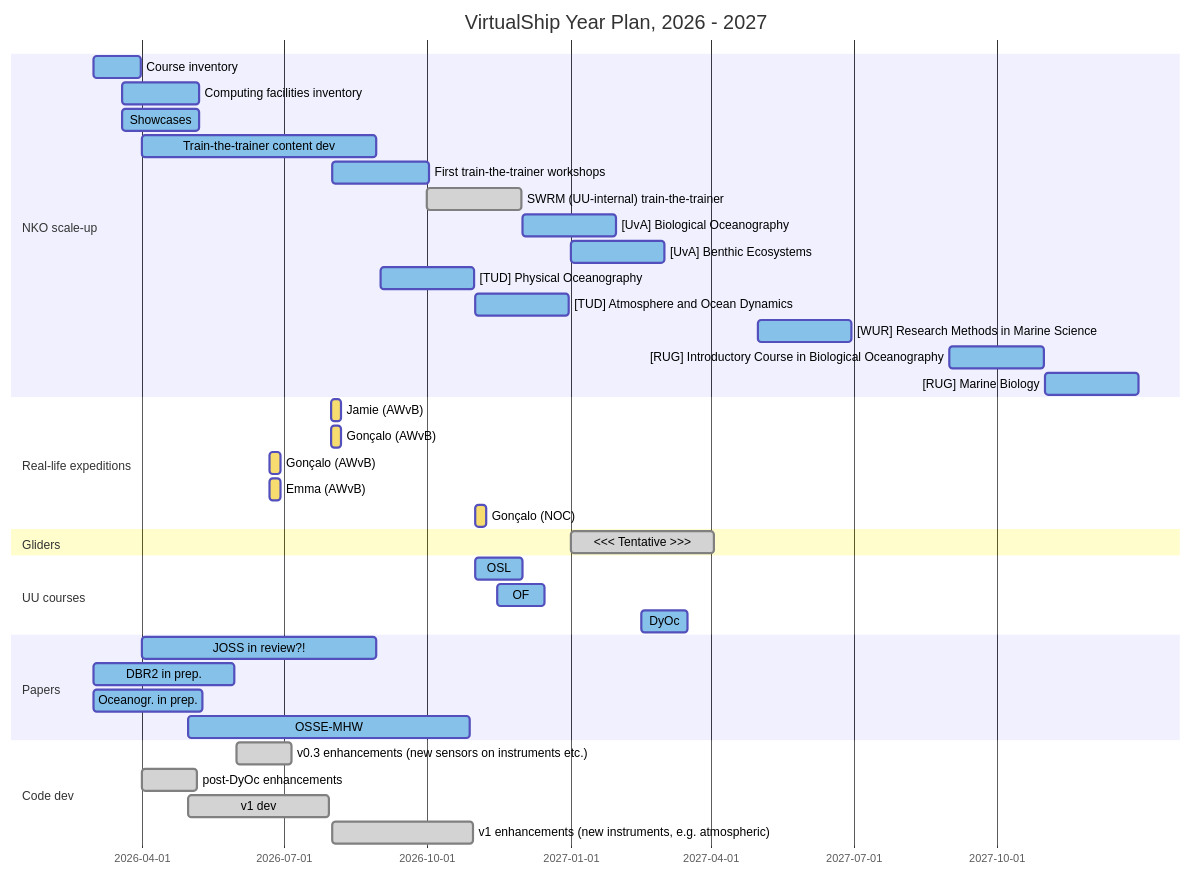
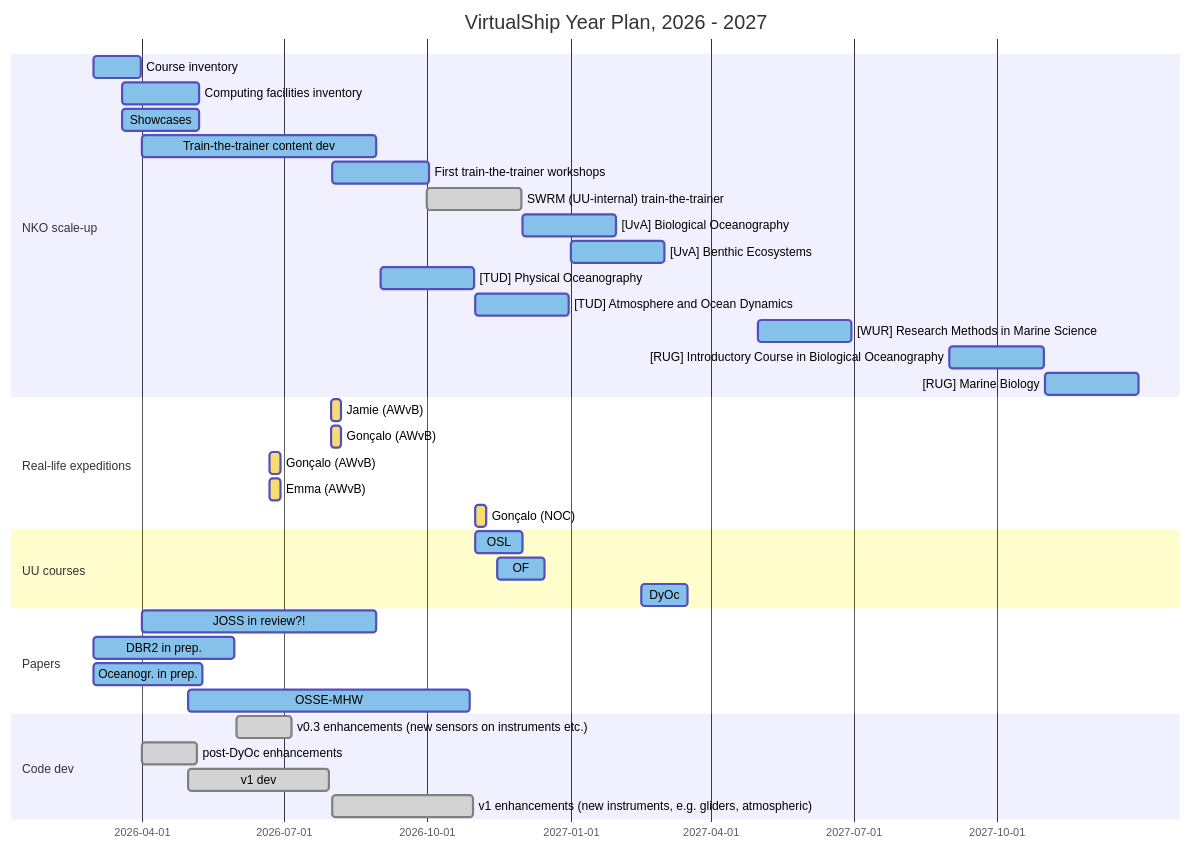
The diagram in docs/user-guide/developer-content/yearplan-26-27/gantt_2026-27.md (Parcels-code/virtualship), drawn with Mermaid before and after one commit.

Commit message:
remove gliders as distinct section

````diff
--- a/docs/user-guide/developer-content/yearplan-26-27/gantt_2026-27.md
+++ b/docs/user-guide/developer-content/yearplan-26-27/gantt_2026-27.md
@@ -1,61 +1,58 @@
 ```mermaid
 ---
 config:
   theme: default
 ---
 %%{init: { 'themeVariables': {
     'doneTaskBkgColor': '#d3d3d3',
     'activeTaskBkgColor': '#85C1E9',
     'taskBkgColor': '#F7DC6F',
     'critBorderColor': '#ff0000'
 }}}%%
 gantt
     title VirtualShip Year Plan, 2026 - 2027
     dateFormat  YYYY-MM-DD
     tickInterval 3month
     weekday monday
 
     section NKO scale-up
     Course inventory    :active, 2026-03-01, 30d
     Computing facilities inventory :active, 2026-03-19, 50d
     Showcases           :active, 2026-03-19, 50d
     Train-the-trainer content dev   :active, 2026-04-01, 150d
     First train-the-trainer workshops :active, 2026-08-01, 62d
     SWRM (UU-internal) train-the-trainer :done, 2026-10-01, 60d
     [UvA] Biological Oceanography :active, 2026-12-01, 60d
     [UvA] Benthic Ecosystems :active, 2027-01-01, 60d
     [TUD] Physical Oceanography :active, 2026-09-01, 60d
     [TUD] Atmosphere and Ocean Dynamics :active, 2026-11-01, 60d
     [WUR] Research Methods in Marine Science :active, 2027-05-01, 60d
     [RUG] Introductory Course in Biological Oceanography :active, 2027-09-01, 60d
     [RUG] Marine Biology :active, 2027-11-01, 60d
 
     section Real-life expeditions
     Jamie (AWvB) :, 2026-07-31, 7d
     Gonçalo (AWvB) :, 2026-07-31, 7d
     Gonçalo (AWvB) :, 2026-06-22, 7d
     Emma (AWvB) :, 2026-06-22, 7d
     Gonçalo (NOC) :, 2026-11-01, 7d
 
-    section Gliders
-    <<< Tentative >>> :done, 2027-01-01, 92d
-
     section UU courses
     OSL :active, 2026-11-01, 30d
     OF  :active, 2026-11-15, 30d
     DyOc :active, 2027-02-15, 30d
 
     section Papers
     JOSS in review?! :active, 2026-04-01, 150d
     DBR2 in prep. :active, 2026-03-01, 90d
     Oceanogr. in prep. :active, 2026-03-01, 70d
     OSSE-MHW :active, 2026-05-01, 180d
 
 
     section Code dev
     v0.3 enhancements (new sensors on instruments etc.) :done, 2026-06-01, 35d
     post-DyOc enhancements :done, 2026-04-01, 35d
     v1 dev       :done, 2026-05-01, 90d
-    v1 enhancements (new instruments, e.g. atmospheric) :done, 2026-08-01, 90d
+    v1 enhancements (new instruments, e.g. gliders, atmospheric) :done, 2026-08-01, 90d
 
 ```
````
